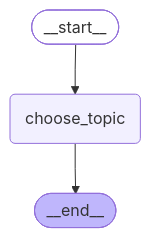
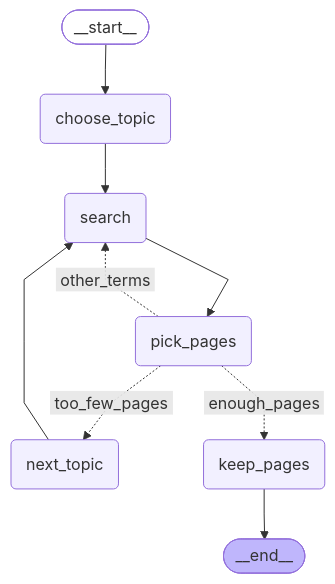
Before and after one commit to luis-fk/projects: the diagram in backend/news_podcast/README.md, drawn with Mermaid. The commit also changed other lines of this file and 13 other files, not shown here.

Commit message:
news_podcast's lesson graph finds its pages: a tavily search on the trusted sites, the pick, one more search with other terms, and the next topic when one lacks pages

````diff
--- a/backend/news_podcast/README.md
+++ b/backend/news_podcast/README.md
@@ -188,16 +207,26 @@
 ```mermaid
 ---
 config:
   flowchart:
     curve: linear
 ---
 graph TD;
 	__start__([<p>__start__</p>]):::first
 	choose_topic(choose_topic)
+	search(search)
+	pick_pages(pick_pages)
+	next_topic(next_topic)
+	keep_pages(keep_pages)
 	__end__([<p>__end__</p>]):::last
 	__start__ --> choose_topic;
-	choose_topic --> __end__;
+	choose_topic --> search;
+	next_topic --> search;
+	pick_pages -. &nbsp;enough_pages&nbsp; .-> keep_pages;
+	pick_pages -. &nbsp;too_few_pages&nbsp; .-> next_topic;
+	pick_pages -. &nbsp;other_terms&nbsp; .-> search;
+	search --> pick_pages;
+	keep_pages --> __end__;
 	classDef default fill:#f2f0ff,line-height:1.2
 	classDef first fill-opacity:0
 	classDef last fill:#bfb6fc
 ```
````
